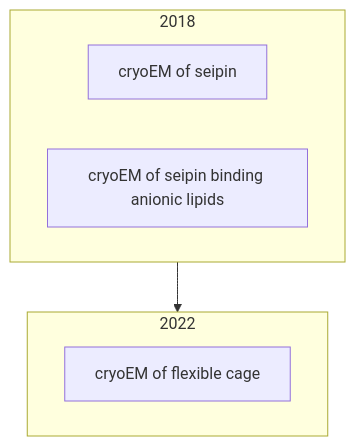
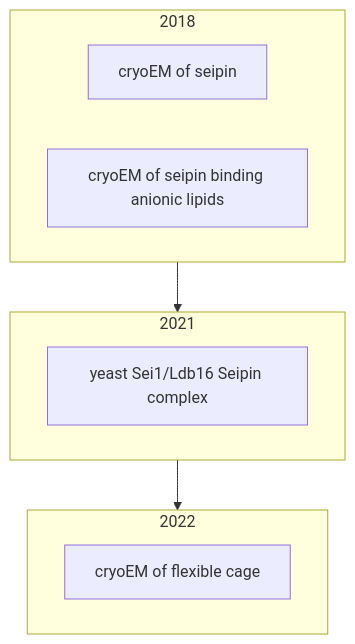
One commit to psichen/psichen.github.io changed the first of 4 diagrams in source/resources/mindmap/seipin.md. Above: the diagram before and after it, drawn with Mermaid. The commit also changed other lines of this file, not shown here.

````diff
--- a/source/resources/mindmap/seipin.md
+++ b/source/resources/mindmap/seipin.md
@@ -20,22 +20,28 @@
 ```mermaid
 flowchart TB
 
 2018_cryoEM_JCB["cryoEM of seipin"]
 2018_anionic["cryoEM of seipin binding anionic lipids"]
+2021_Sei1["yeast Sei1/Ldb16 Seipin complex"]
 2022_cage["cryoEM of flexible cage"]
 
 click 2018_cryoEM_JCB href "./seipin#cryoem_jcb" _self
 click 2018_anionic href "./seipin#anionic" _self
+click 2021_Sei1 href "./seipin#sei1" _self
 click 2022_cage href "./seipin#cage" _self
 
 subgraph 2018
         2018_cryoEM_JCB
         2018_anionic
 end
 
+subgraph 2021
+        2021_Sei1
+end
+
 subgraph 2022
         2022_cage
 end
 
-2018 --> 2022
+2018 --> 2021 --> 2022
 ```
````
